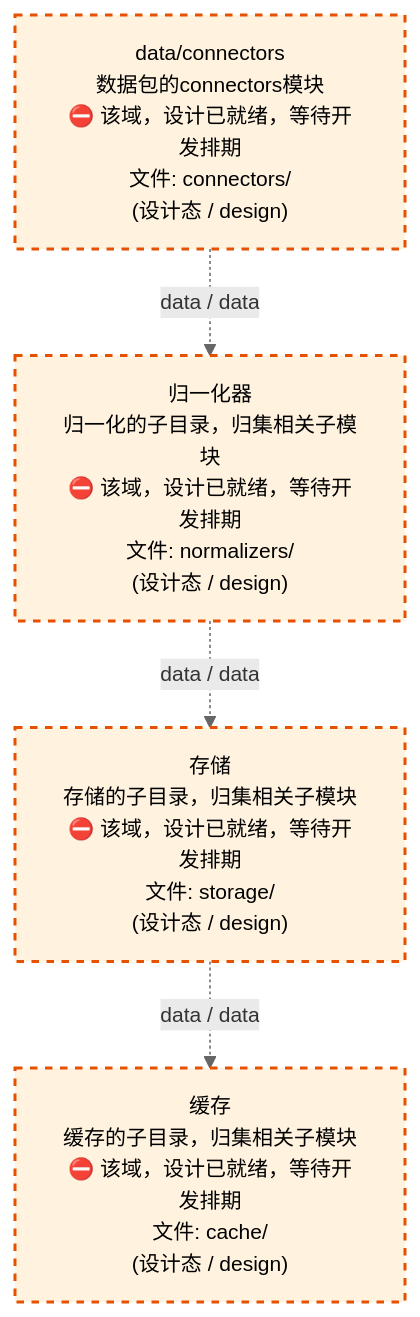
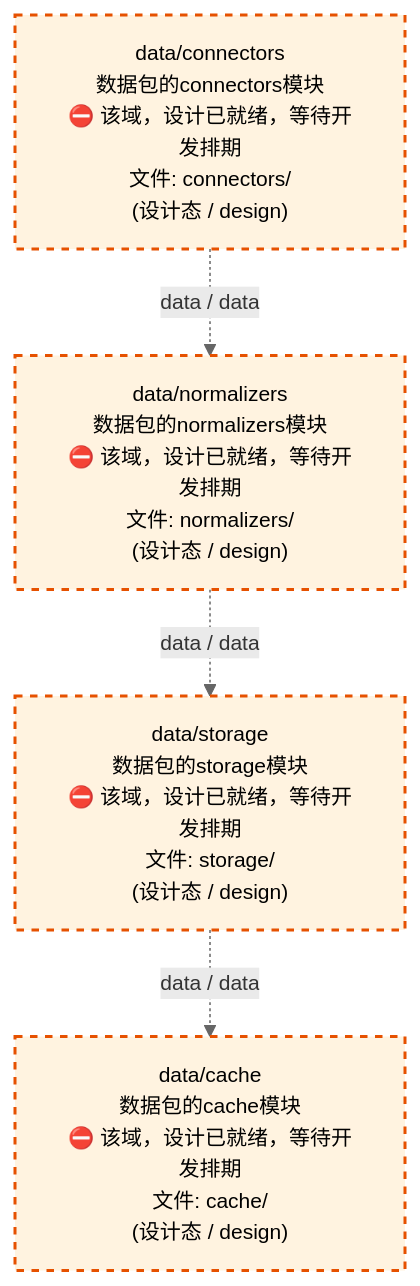
The third of 4 diagrams in docs/02_enterprise_architecture/02_domain_architecture_docs/11_d_data.md (xuanFelixVan/ZephyrAlpha), drawn with Mermaid before and after one commit. The commit also changed other lines of this file and 58 other files, not shown here.

````diff
--- a/docs/02_enterprise_architecture/02_domain_architecture_docs/11_d_data.md
+++ b/docs/02_enterprise_architecture/02_domain_architecture_docs/11_d_data.md
@@ -1290,16 +1291,16 @@
 ```mermaid
 %%{init: {'theme': 'base', 'themeVariables': {'primaryColor': '#eaeaea', 'primaryTextColor': '#333333', 'primaryBorderColor': '#666666', 'lineColor': '#666666', 'secondaryColor': '#eaeaea', 'tertiaryColor': '#eaeaea', 'fontSize': '14px'}}}%%
 flowchart TD
     src_zephyr_data_connectors["data/connectors<br/>数据包的connectors模块<br/>⛔ 该域，设计已就绪，等待开发排期<br/>文件: connectors/<br/>(设计态 / design)"]
-    src_zephyr_data_normalizers["归一化器<br/>归一化的子目录，归集相关子模块<br/>⛔ 该域，设计已就绪，等待开发排期<br/>文件: normalizers/<br/>(设计态 / design)"]
-    src_zephyr_data_storage["存储<br/>存储的子目录，归集相关子模块<br/>⛔ 该域，设计已就绪，等待开发排期<br/>文件: storage/<br/>(设计态 / design)"]
-    src_zephyr_data_cache["缓存<br/>缓存的子目录，归集相关子模块<br/>⛔ 该域，设计已就绪，等待开发排期<br/>文件: cache/<br/>(设计态 / design)"]
+    src_zephyr_data_normalizers["data/normalizers<br/>数据包的normalizers模块<br/>⛔ 该域，设计已就绪，等待开发排期<br/>文件: normalizers/<br/>(设计态 / design)"]
+    src_zephyr_data_storage["data/storage<br/>数据包的storage模块<br/>⛔ 该域，设计已就绪，等待开发排期<br/>文件: storage/<br/>(设计态 / design)"]
+    src_zephyr_data_cache["data/cache<br/>数据包的cache模块<br/>⛔ 该域，设计已就绪，等待开发排期<br/>文件: cache/<br/>(设计态 / design)"]
     src_zephyr_data_connectors -.->|data / data| src_zephyr_data_normalizers
     src_zephyr_data_normalizers -.->|data / data| src_zephyr_data_storage
     src_zephyr_data_storage -.->|data / data| src_zephyr_data_cache
     classDef production fill:#e1f5fe,stroke:#01579b,stroke-width:2px,color:#000
     classDef design fill:#fff3e0,stroke:#e65100,stroke-width:2px,color:#000,stroke-dasharray: 5 5
     classDef external_prod fill:#e8f4fd,stroke:#0277bd,stroke-width:1px,color:#000
     classDef external_design fill:#fff8e7,stroke:#ef6c00,stroke-width:1px,color:#000,stroke-dasharray: 5 5
     class src_zephyr_data_cache,src_zephyr_data_connectors,src_zephyr_data_normalizers,src_zephyr_data_storage design
 ```
````
